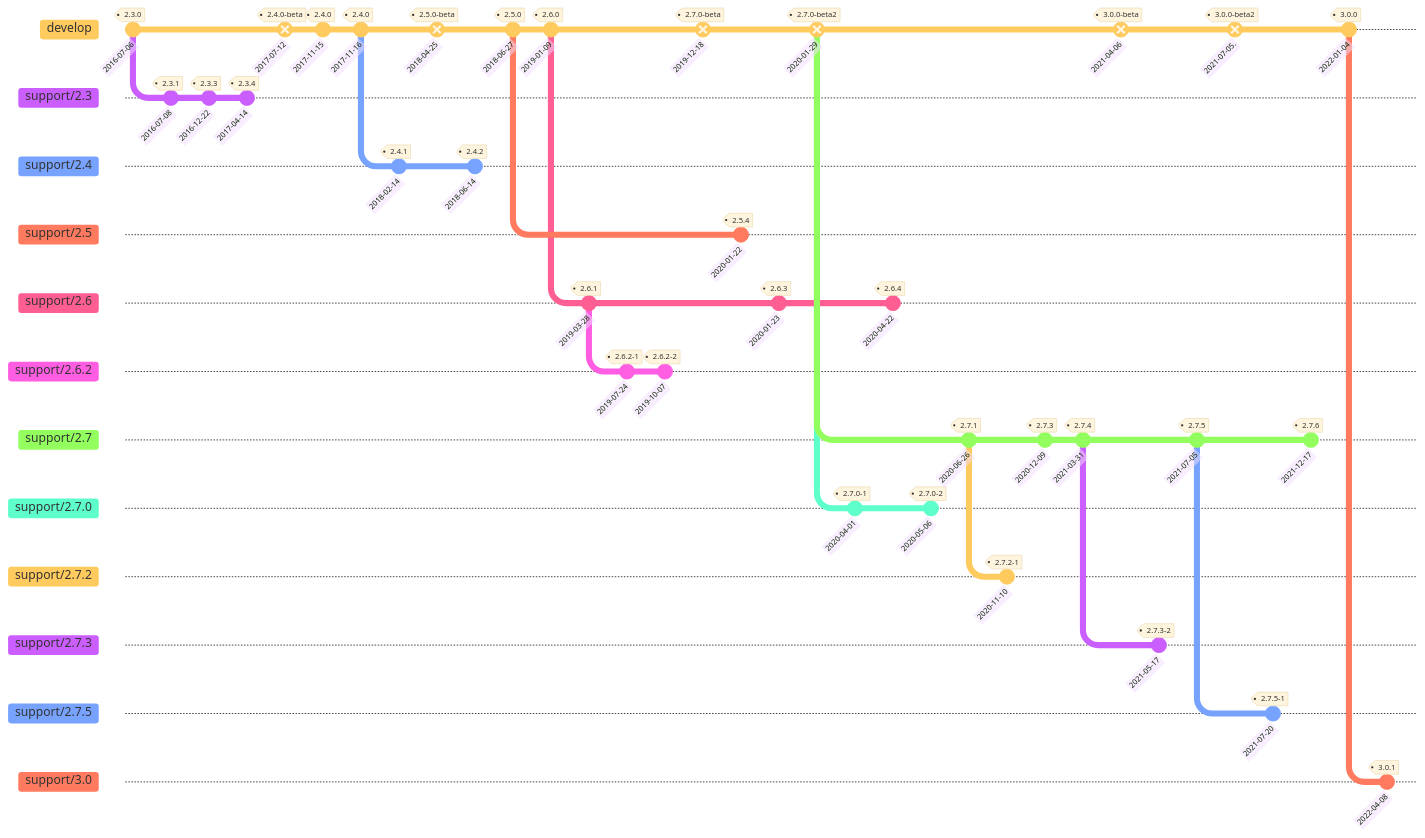
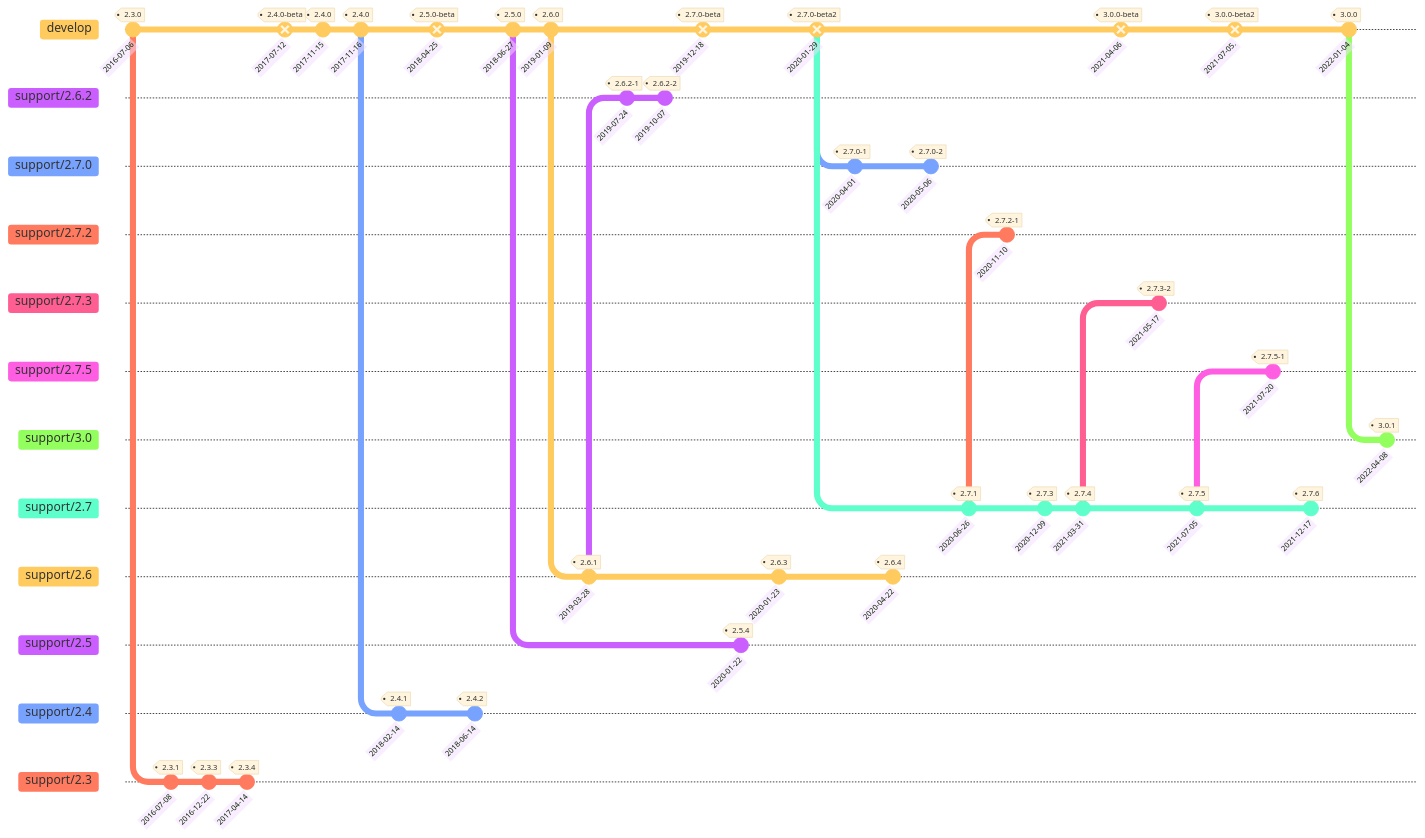
One commit to piRGoif/iTop_mermaid changed the first of 2 diagrams in gitgraph.md. Above: the diagram before and after it, drawn with Mermaid.

Commit message:
GitGraph : add branch ordering See https://mermaid-js.github.io/mermaid/#/gitgraph?id=customizing-branch-ordering

````diff
--- a/gitgraph.md
+++ b/gitgraph.md
@@ -13,70 +13,70 @@
 ```mermaid
 %%{init: { 'logLevel': 'debug', 'theme': 'base', 'gitGraph': {'showBranches': true,'mainBranchName': 'develop'}} }%%
 gitGraph
     commit id: "2016-07-06" tag: "2.3.0"
-    branch support/2.3
+    branch support/2.3 order: 900
     commit id: "2016-07-08" tag: "2.3.1"
     commit id: "2016-12-22" tag: "2.3.3"
     commit id: "2017-04-14" tag: "2.3.4"
     checkout develop
     commit id: "2017-07-12" tag: "2.4.0-beta" type: REVERSE
     commit id: "2017-11-15" tag: "2.4.0"
     commit id: "2017-11-16" tag: "2.4.0"
-    branch support/2.4
+    branch support/2.4 order: 890
     commit id: "2018-02-14" tag: "2.4.1"
     checkout develop
     commit id: "2018-04-25" tag: "2.5.0-beta" type: REVERSE
     checkout support/2.4
     commit id: "2018-06-14" tag: "2.4.2"
     checkout develop
     commit id: "2018-06-27" tag: "2.5.0"
-    branch support/2.5
+    branch support/2.5 order: 880
     checkout develop
     commit id: "2019-01-09" tag: "2.6.0"
-    branch support/2.6
+    branch support/2.6 order: 870
     commit id: "2019-03-28" tag: "2.6.1"
     branch support/2.6.2
     commit id: "2019-07-24" tag: "2.6.2-1"
     commit id: "2019-10-07" tag: "2.6.2-2"
     checkout develop
     commit id: "2019-12-18" tag: "2.7.0-beta" type: REVERSE
     checkout support/2.5
     commit id: "2020-01-22" tag: "2.5.4"
     checkout support/2.6
     commit id: "2020-01-23" tag: "2.6.3"
     checkout develop
     commit id: "2020-01-29" tag: "2.7.0-beta2" type: REVERSE
-    branch support/2.7
+    branch support/2.7 order: 860
     branch support/2.7.0
     commit id: "2020-04-01" tag: "2.7.0-1"
     checkout support/2.6
     commit id: "2020-04-22" tag: "2.6.4"
     checkout support/2.7.0
     commit id: "2020-05-06" tag: "2.7.0-2"
     checkout support/2.7
     commit id: "2020-06-26" tag: "2.7.1"
     branch support/2.7.2
     commit id: "2020-11-10" tag: "2.7.2-1"
     checkout support/2.7
     commit id: "2020-12-09" tag: "2.7.3"
     commit id: "2021-03-31" tag: "2.7.4"
     checkout develop
     commit id: "2021-04-06" tag: "3.0.0-beta" type: REVERSE
     checkout support/2.7
     branch support/2.7.3
     commit id: "2021-05-17" tag: "2.7.3-2"
     checkout support/2.7
     commit id: "2021-07-05" tag: "2.7.5"
     branch support/2.7.5
     checkout develop
     commit id: "2021-07-05." tag: "3.0.0-beta2" type: REVERSE
     checkout support/2.7.5
     commit id: "2021-07-20" tag: "2.7.5-1"
     checkout support/2.7
     commit id: "2021-12-17" tag: "2.7.6"
     checkout develop
     commit id: "2022-01-04" tag: "3.0.0"
-    branch support/3.0
+    branch support/3.0 order: 850
     commit id: "2022-04-08" tag: "3.0.1"
     checkout develop
 ```
````
